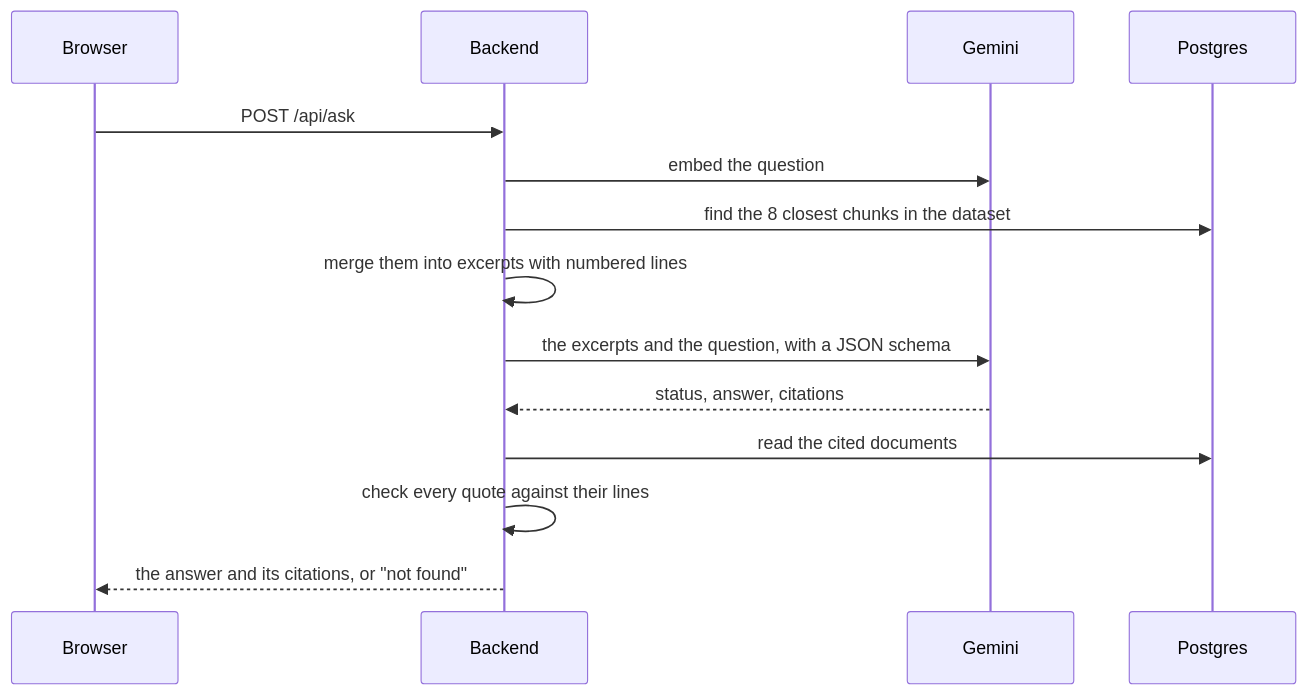
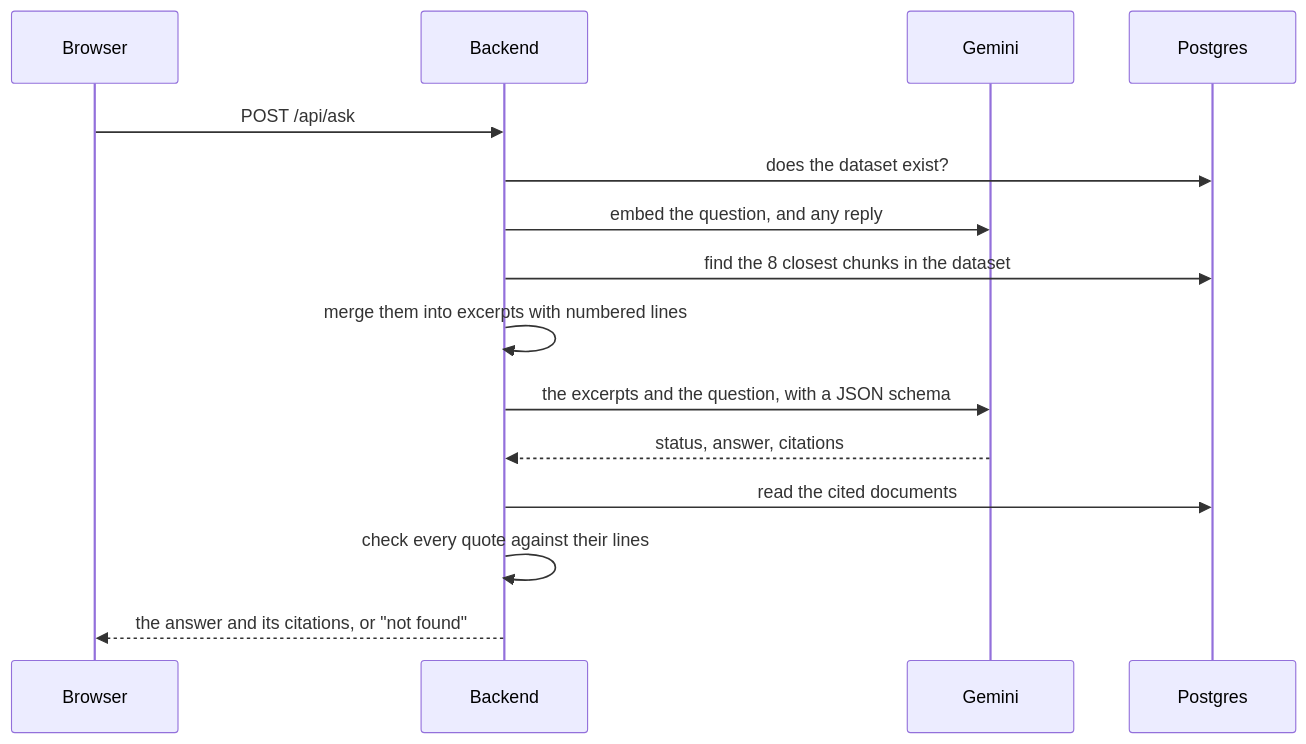
Before and after one commit to DeniisPyr/Context-Lens: the third of 3 diagrams in README.md, drawn with Mermaid. The commit also changed other lines of this file, not shown here.

````diff
--- a/README.md
+++ b/README.md
@@ -67,16 +67,17 @@
 ```mermaid
 sequenceDiagram
     participant UI as Browser
     participant API as Backend
     participant G as Gemini
     participant DB as Postgres
     UI->>API: POST /api/ask
-    API->>G: embed the question
+    API->>DB: does the dataset exist?
+    API->>G: embed the question, and any reply
     API->>DB: find the 8 closest chunks in the dataset
     API->>API: merge them into excerpts with numbered lines
     API->>G: the excerpts and the question, with a JSON schema
     G-->>API: status, answer, citations
     API->>DB: read the cited documents
     API->>API: check every quote against their lines
     API-->>UI: the answer and its citations, or "not found"
 ```
````
